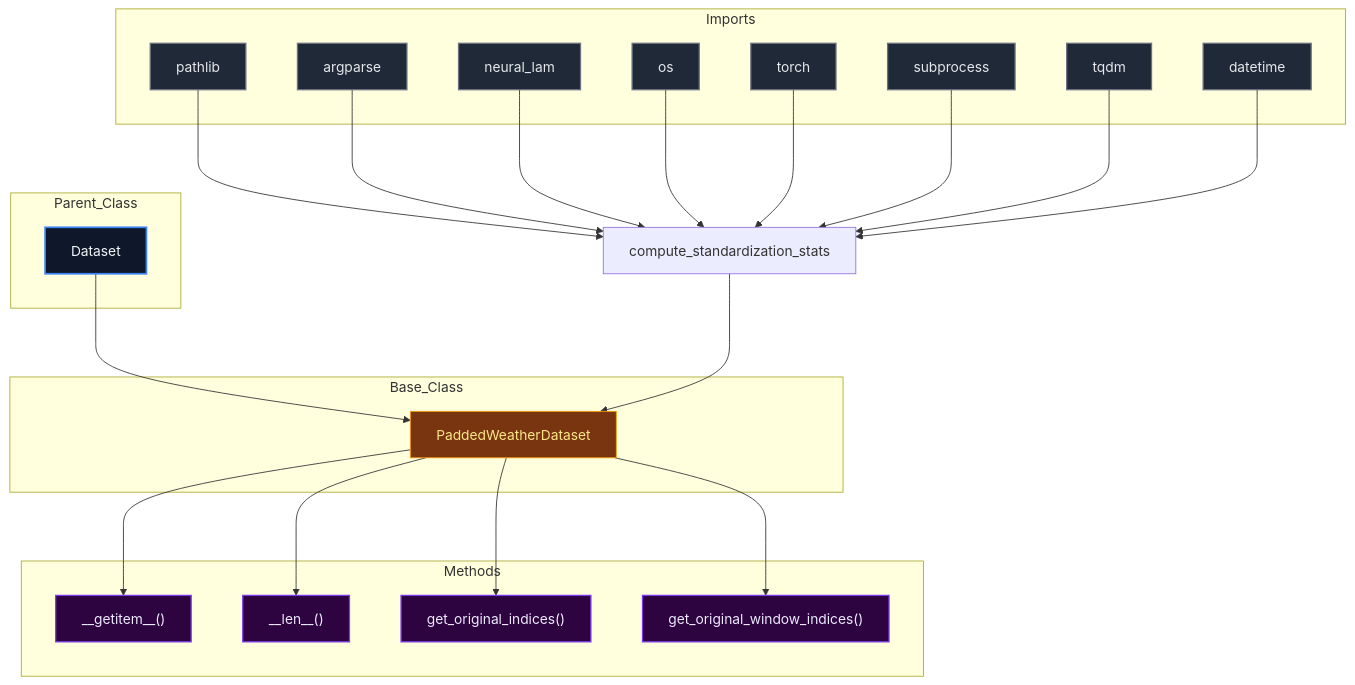
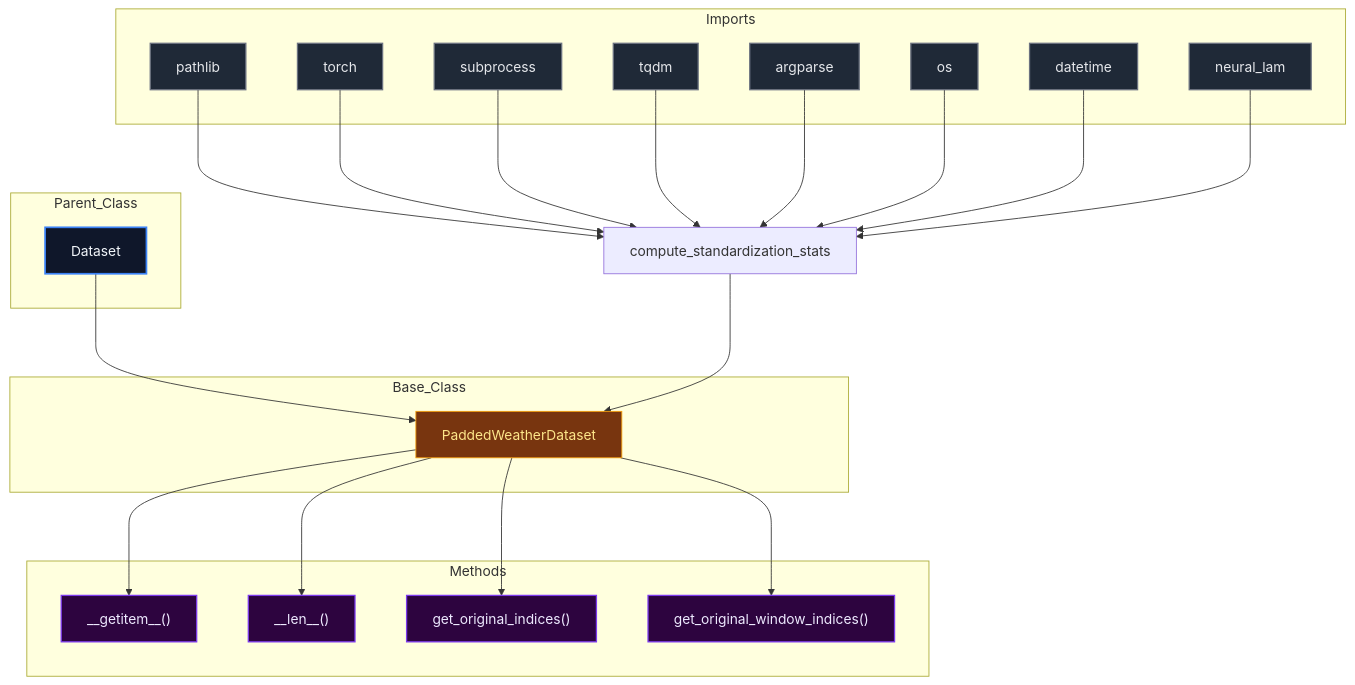
One commit to mllam/neural-lam changed the diagram in docs/diagrams/compute_standardization_stats_diagram.md. Above: the diagram before and after it, drawn with Mermaid. The commit also changed 19 other files, not shown here.

Commit message:
Auto-update Mermaid diagrams

````diff
--- a/docs/diagrams/compute_standardization_stats_diagram.md
+++ b/docs/diagrams/compute_standardization_stats_diagram.md
@@ -1,60 +1,60 @@
 ```mermaid
 %%{init: {'flowchart': {'nodeSpacing': 60, 'rankSpacing': 80}}}%%
 flowchart TD
 
 module["compute_standardization_stats"]
 
 subgraph Parent_Class
     Dataset["Dataset"]
 end
 
 subgraph Base_Class
     PaddedWeatherDataset["PaddedWeatherDataset"]
 end
 
     Dataset --> PaddedWeatherDataset
 
 subgraph Imports
     pathlib["pathlib"]
-    argparse["argparse"]
-    neural_lam["neural_lam"]
-    os["os"]
     torch["torch"]
     subprocess["subprocess"]
     tqdm["tqdm"]
+    argparse["argparse"]
+    os["os"]
     datetime["datetime"]
+    neural_lam["neural_lam"]
 end
 
     pathlib --> module
-    argparse --> module
-    neural_lam --> module
-    os --> module
     torch --> module
     subprocess --> module
     tqdm --> module
+    argparse --> module
+    os --> module
     datetime --> module
+    neural_lam --> module
     module --> PaddedWeatherDataset
 
 subgraph Methods
     PaddedWeatherDataset___getitem__["__getitem__()"]
     PaddedWeatherDataset___len__["__len__()"]
     PaddedWeatherDataset_get_original_indices["get_original_indices()"]
     PaddedWeatherDataset_get_original_window_indices["get_original_window_indices()"]
 end
 
     PaddedWeatherDataset --> PaddedWeatherDataset___getitem__
     PaddedWeatherDataset --> PaddedWeatherDataset___len__
     PaddedWeatherDataset --> PaddedWeatherDataset_get_original_indices
     PaddedWeatherDataset --> PaddedWeatherDataset_get_original_window_indices
 
 classDef parent fill:#0f172a,stroke:#3b82f6,stroke-width:2px,color:#f1f5f9,font-size:16px
 classDef base fill:#78350f,stroke:#f59e0b,stroke-width:1px,color:#fde68a,font-size:16px
 classDef import fill:#1f2937,stroke:#6b7280,stroke-width:1.5px,color:#e5e7eb,font-size:16px
 classDef method fill:#2d043f,stroke:#7c3aed,stroke-width:1.5px,color:#ede9fe,font-size:16px
 classDef callNode fill:#064e3b,stroke:#10b981,stroke-width:1.5px,color:#d1fae5,font-size:16px
 class Dataset parent
 class PaddedWeatherDataset base
-class pathlib,argparse,neural_lam,os,torch,subprocess,tqdm,datetime import
+class pathlib,torch,subprocess,tqdm,argparse,os,datetime,neural_lam import
 class PaddedWeatherDataset___getitem__,PaddedWeatherDataset___len__,PaddedWeatherDataset_get_original_indices,PaddedWeatherDataset_get_original_window_indices method
 
 ```
````
